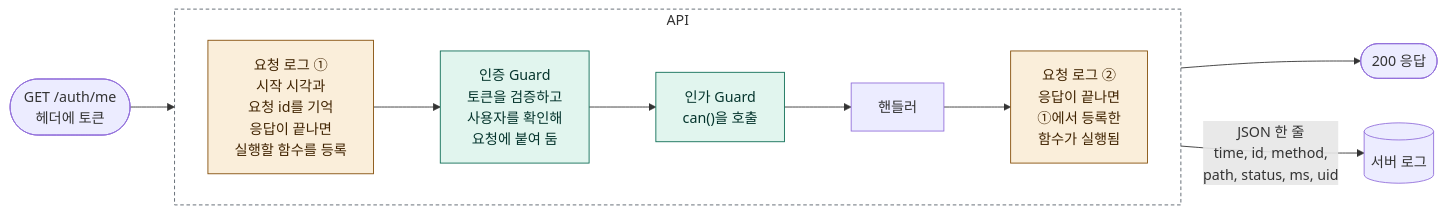
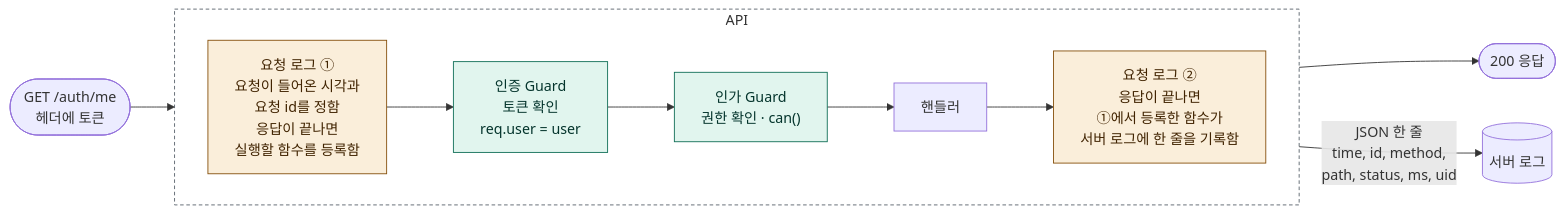
The third of 3 diagrams in docs/diagnosis/defect-3.md (loquemedalagana/secure-enroll-demo), drawn with Mermaid before and after one commit. The commit also changed other lines of this file, not shown here.

````diff
--- a/docs/diagnosis/defect-3.md
+++ b/docs/diagnosis/defect-3.md
@@ -320,27 +320,27 @@
 ```mermaid
 flowchart LR
   req(["GET /auth/me<br/>헤더에 토큰"])
 
   subgraph api["API"]
     direction LR
-    l1["요청 로그 ①<br/>시작 시각과<br/>요청 id를 기억<br/>응답이 끝나면<br/>실행할 함수를 등록"]
-    a["인증 Guard<br/>토큰을 검증하고<br/>사용자를 확인해<br/>요청에 붙여 둠"]
-    z["인가 Guard<br/>can()을 호출"]
+    l1["요청 로그 ①<br/>요청이 들어온 시각과<br/>요청 id를 정함<br/>응답이 끝나면<br/>실행할 함수를 등록함"]
+    a["인증 Guard<br/>토큰 확인<br/>req.user = user"]
+    z["인가 Guard<br/>권한 확인 · can()"]
     h["핸들러"]
-    l2["요청 로그 ②<br/>응답이 끝나면<br/>①에서 등록한<br/>함수가 실행됨"]
+    l2["요청 로그 ②<br/>응답이 끝나면<br/>①에서 등록한 함수가<br/>서버 로그에 한 줄을 기록함"]
     l1 --> a --> z --> h --> l2
   end
 
   log[("서버 로그")]
   res(["200 응답"])
 
   req --> l1
   h --> res
   l2 -- "JSON 한 줄<br/>time, id, method,<br/>path, status, ms, uid" --> log
 
   classDef safe fill:#E1F5EE,stroke:#0F6E56,color:#04342C
   classDef check fill:#FAEEDA,stroke:#854F0B,color:#412402
   class a,z safe
   class l1,l2 check
   style api fill:none,stroke:#57606a,stroke-dasharray:4 3
 ```
````
